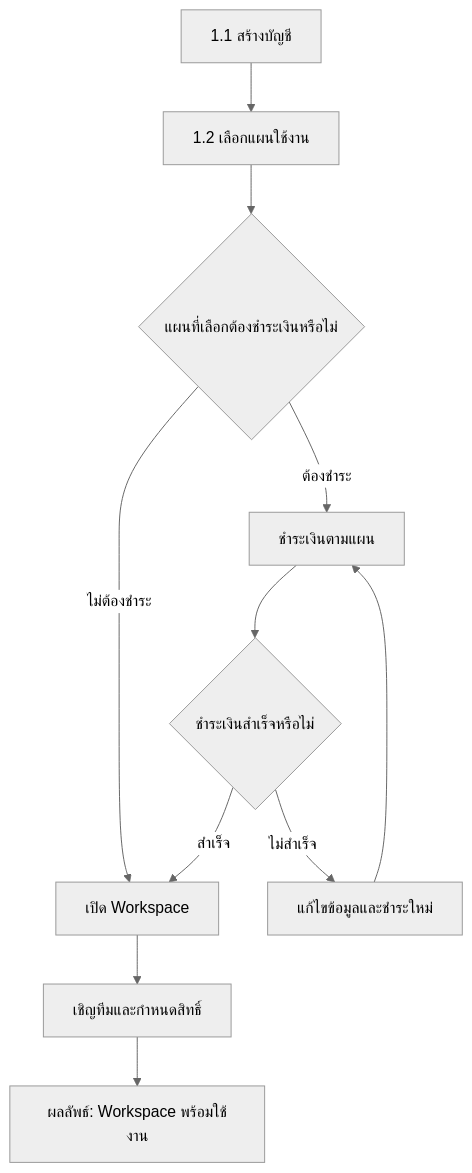
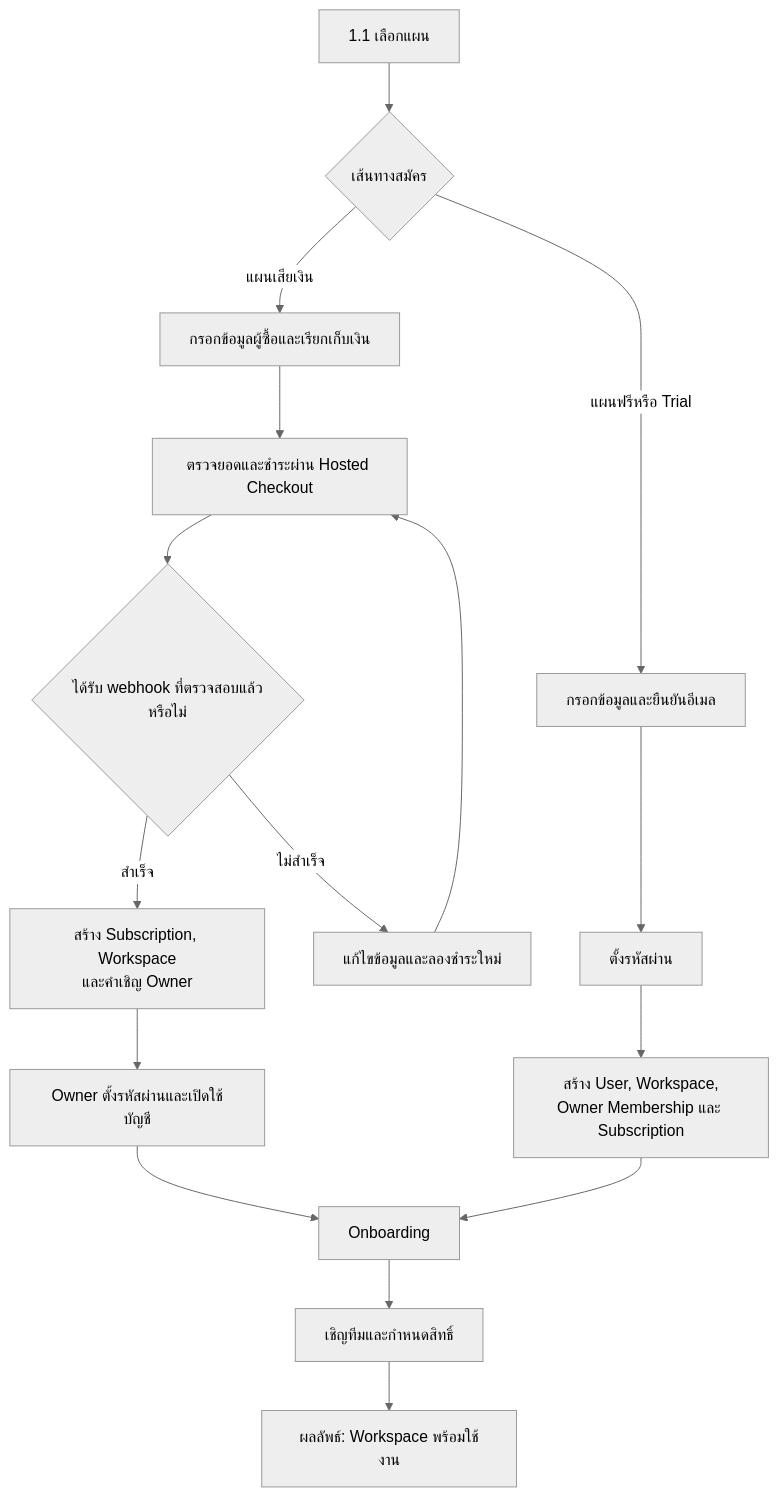
One commit to yukasung/mattersolv_docs changed the first of 7 diagrams in docs/app/docs/workflow/page.mdx. Above: the diagram before and after it, drawn with Mermaid (neutral theme). The commit also changed other lines of this file and 1 other file, not shown here.

Commit message:
docs: add subscription onboarding flow

````diff
--- a/docs/app/docs/workflow/page.mdx
+++ b/docs/app/docs/workflow/page.mdx
@@ -26,13 +26,18 @@
 ```mermaid
 flowchart TD
-  A["1.1 สร้างบัญชี"] --> B["1.2 เลือกแผนใช้งาน"]
-  B --> C{"แผนที่เลือกต้องชำระเงินหรือไม่"}
-  C -->|ไม่ต้องชำระ| D["เปิด Workspace"]
-  C -->|ต้องชำระ| E["ชำระเงินตามแผน"]
-  E --> F{"ชำระเงินสำเร็จหรือไม่"}
-  F -->|ไม่สำเร็จ| G["แก้ไขข้อมูลและชำระใหม่"]
-  G --> E
-  F -->|สำเร็จ| D
-  D --> H["เชิญทีมและกำหนดสิทธิ์"]
-  H --> R["ผลลัพธ์: Workspace พร้อมใช้งาน"]
+  A["1.1 เลือกแผน"] --> B{"เส้นทางสมัคร"}
+  B -->|แผนฟรีหรือ Trial| C["กรอกข้อมูลและยืนยันอีเมล"]
+  C --> D["ตั้งรหัสผ่าน"]
+  D --> E["สร้าง User, Workspace,<br/>Owner Membership และ Subscription"]
+  B -->|แผนเสียเงิน| F["กรอกข้อมูลผู้ซื้อและเรียกเก็บเงิน"]
+  F --> G["ตรวจยอดและชำระผ่าน Hosted Checkout"]
+  G --> H{"ได้รับ webhook ที่ตรวจสอบแล้วหรือไม่"}
+  H -->|ไม่สำเร็จ| I["แก้ไขข้อมูลและลองชำระใหม่"]
+  I --> G
+  H -->|สำเร็จ| J["สร้าง Subscription, Workspace<br/>และคำเชิญ Owner"]
+  J --> K["Owner ตั้งรหัสผ่านและเปิดใช้บัญชี"]
+  K --> L["Onboarding"]
+  E --> L
+  L --> M["เชิญทีมและกำหนดสิทธิ์"]
+  M --> R["ผลลัพธ์: Workspace พร้อมใช้งาน"]
 ```
````
